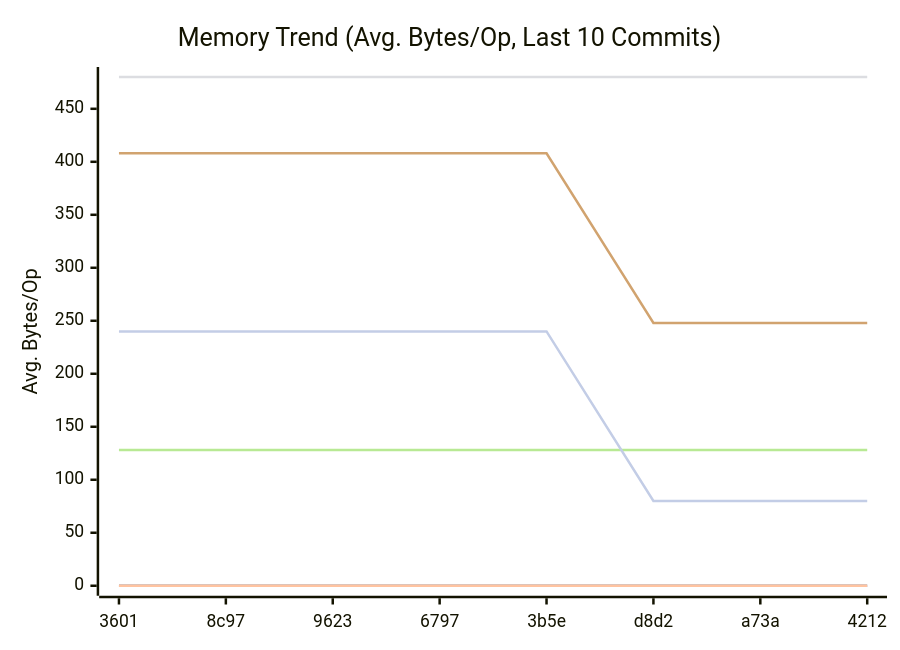
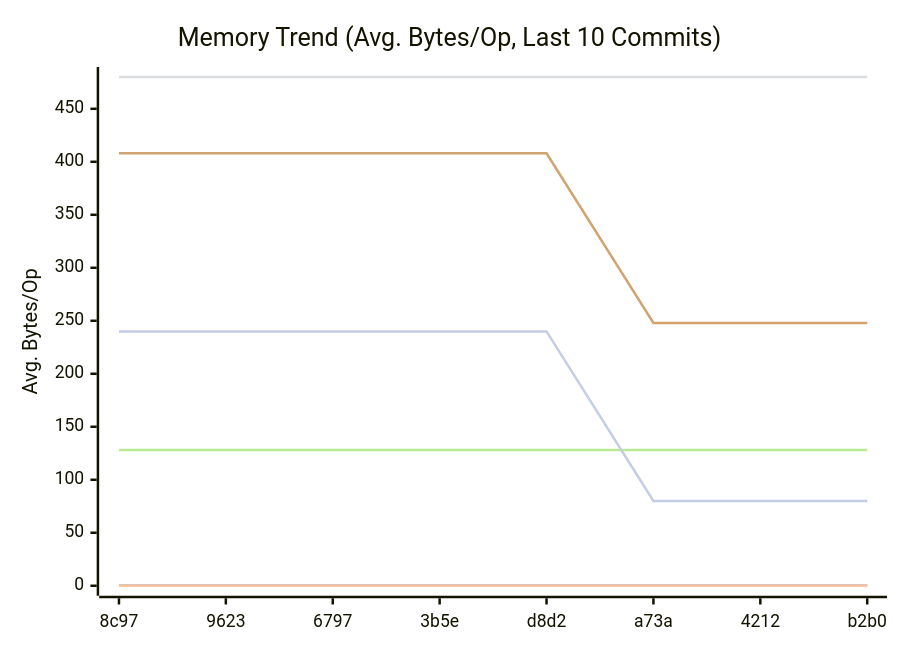
One commit to alsotoes/momo changed the second of 3 diagrams in docs/README.md. Above: the diagram before and after it, drawn with Mermaid. The commit also changed other lines of this file and 1 other file, not shown here.

````diff
--- a/docs/README.md
+++ b/docs/README.md
@@ -318,14 +324,14 @@
 ```mermaid
 xychart-beta
     title "Memory Trend (Avg. Bytes/Op, Last 10 Commits)"
     x-axis "Commit"
     y-axis "Avg. Bytes/Op"
-    x-axis [3601,8c97,9623,6797,3b5e,d8d2,a73a,4212]
+    x-axis [8c97,9623,6797,3b5e,d8d2,a73a,4212,b2b0]
     line "CheckMetricsAndSwap" [0,0,0,0,0,0,0,0,0,0]
     line "IndexDirectTracking" [0,0,0,0,0,0,0,0,0,0]
     line "IndexSearch" [0,0,0,0,0,0,0,0,0,0]
     line "LoadGlobalConfig" [480,480,480,480,480,480,480,480,480,480]
     line "PadString" [128,128,128,128,128,128,128,128,128,128]
     line "ParseReplicationOrder_NoPrealloc" [408,408,408,408,408,248,248,248,248,248]
     line "ParseReplicationOrder_Prealloc" [240,240,240,240,240,80,80,80,80,80]
 ```
````
